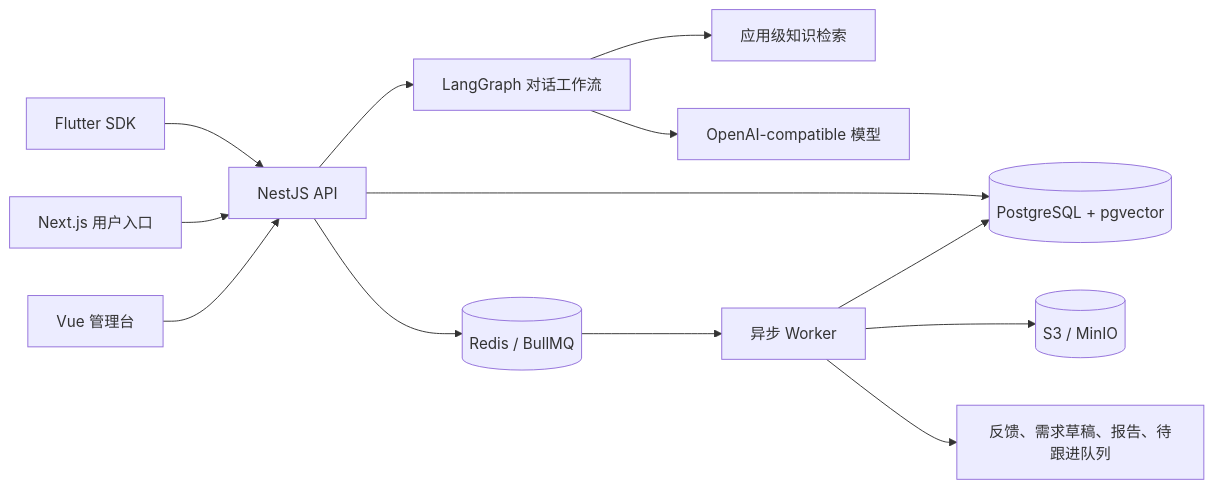
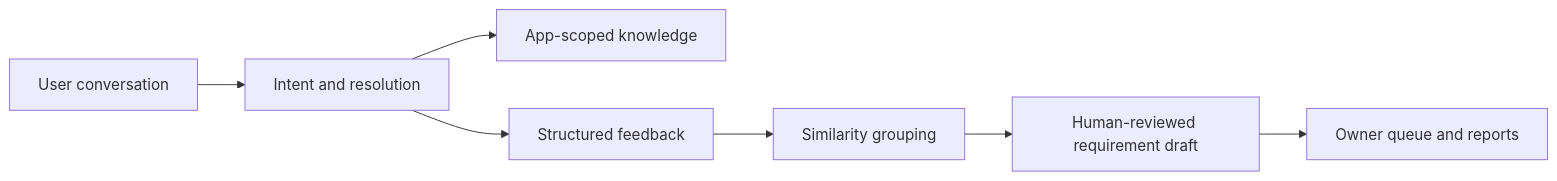
Before and after one commit to yjsf216/feedback-agent: the diagram in README.md, drawn with Mermaid. The commit also changed other lines of this file and 27 other files, not shown here.

````diff
--- a/README.md
+++ b/README.md
@@ -27,15 +38,9 @@
 ```mermaid
 flowchart LR
-  Flutter["Flutter SDK"] --> API["NestJS API"]
-  Web["Next.js 用户入口"] --> API
-  Admin["Vue 管理台"] --> API
-  API --> Graph["LangGraph 对话工作流"]
-  Graph --> Knowledge["应用级知识检索"]
-  Graph --> Model["OpenAI-compatible 模型"]
-  API --> PG[("PostgreSQL + pgvector")]
-  API --> Redis[("Redis / BullMQ")]
-  Redis --> Worker["异步 Worker"]
-  Worker --> PG
-  Worker --> MinIO[("S3 / MinIO")]
-  Worker --> Queue["反馈、需求草稿、报告、待跟进队列"]
+  User["User conversation"] --> Intent["Intent and resolution"]
+  Intent --> Knowledge["App-scoped knowledge"]
+  Intent --> Feedback["Structured feedback"]
+  Feedback --> Dedupe["Similarity grouping"]
+  Dedupe --> Draft["Human-reviewed requirement draft"]
+  Draft --> Queue["Owner queue and reports"]
 ```
````
